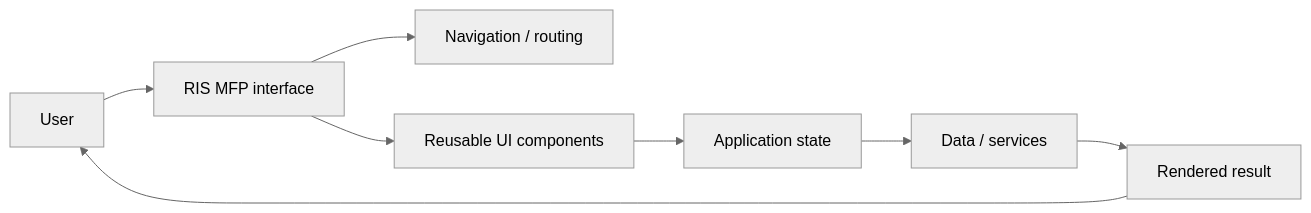
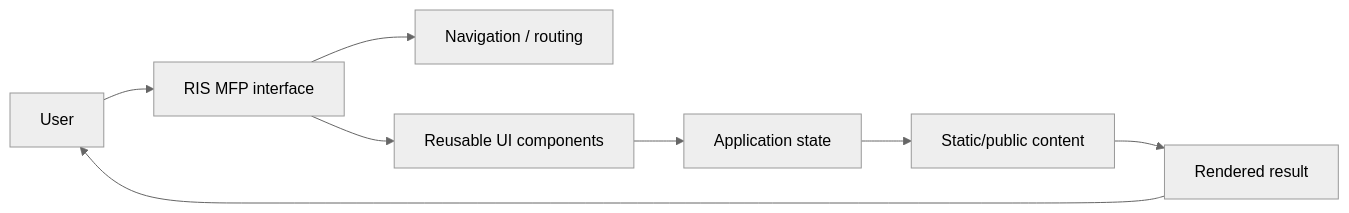
Before and after one commit to Nischhalsubba/rismfp-ui: the first of 3 diagrams in README.md, drawn with Mermaid (neutral theme). The commit also changed other lines of this file and 3 other files, not shown here.

````diff
--- a/README.md
+++ b/README.md
@@ -22,10 +30,10 @@
 ```mermaid
 flowchart LR
     USER["User"] --> UI["RIS MFP interface"]
     UI --> NAV["Navigation / routing"]
     UI --> COMPONENTS["Reusable UI components"]
     COMPONENTS --> STATE["Application state"]
-    STATE --> DATA["Data / services"]
+    STATE --> DATA["Static/public content"]
     DATA --> RESULT["Rendered result"]
     RESULT --> USER
 ```
````
